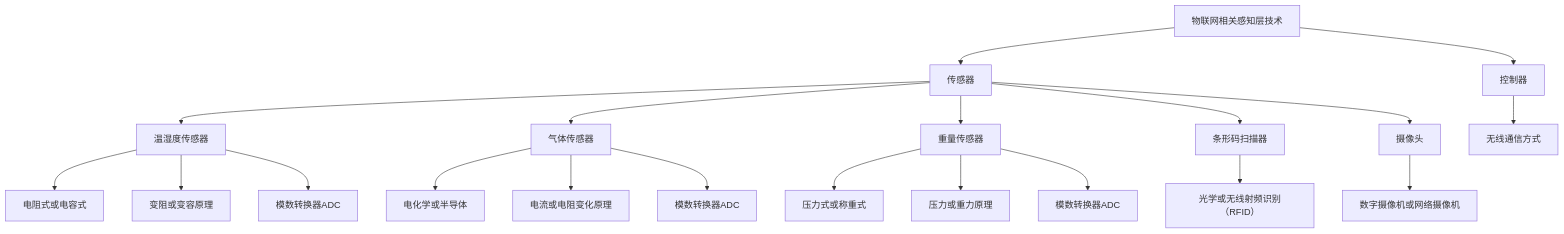
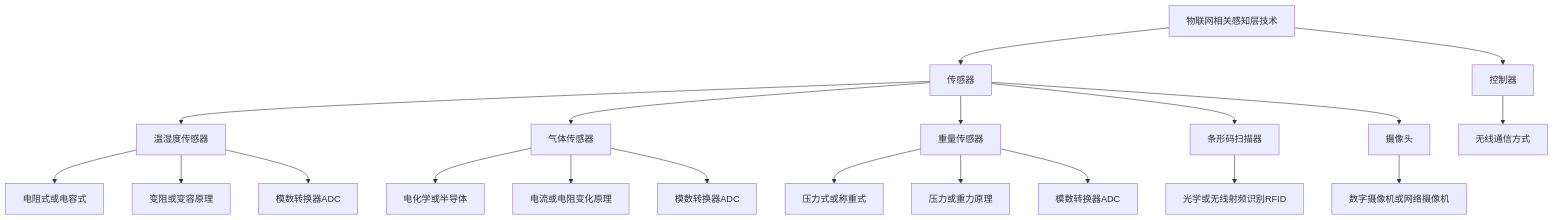
Before and after one commit to Chenyinlin-Yiking/obsidian: the second of 2 diagrams in Math/线代/行列式典型例题分析.md, drawn with Mermaid.

Commit message:
vault backup: 2023-06-09 20:03:16

````diff
--- a/Math/线代/行列式典型例题分析.md
+++ b/Math/线代/行列式典型例题分析.md
@@ -70,23 +70,23 @@
 ```mermaid
 graph TD
 A[物联网相关感知层技术] --> B[传感器]
 A --> C[控制器]
 B --> D[温湿度传感器]
 B --> E[气体传感器]
 B --> F[重量传感器]
 B --> G[条形码扫描器]
 B --> H[摄像头]
 D --> I[电阻式或电容式]
 D --> J[变阻或变容原理]
 D --> K[模数转换器ADC]
 E --> L[电化学或半导体]
 E --> M[电流或电阻变化原理]
 E --> N[模数转换器ADC]
 F --> O[压力式或称重式]
 F --> P[压力或重力原理]
 F --> Q[模数转换器ADC]
-G --> R[光学或无线射频识别（RFID）]
+G --> R[光学或无线射频识别RFID]
 H --> S[数字摄像机或网络摄像机]
 C --> T[无线通信方式]
 
 ```
````
